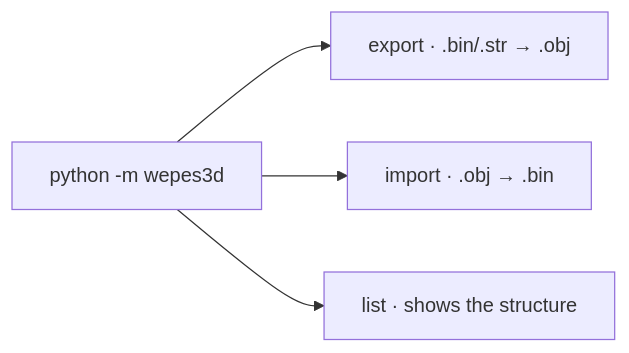
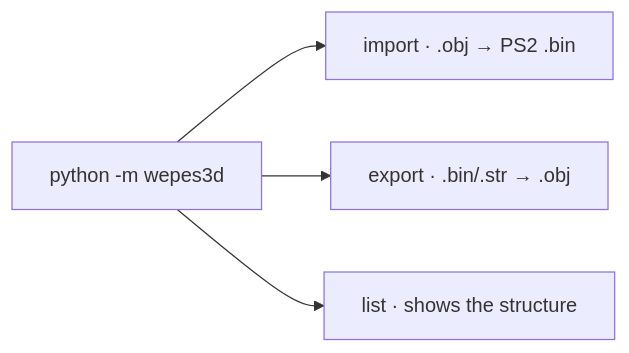
One commit to FVitor7/wepes3d changed the second of 4 diagrams in README.md. Above: the diagram before and after it, drawn with Mermaid. The commit also changed other lines of this file and 4 other files, not shown here.

````diff
--- a/README.md
+++ b/README.md
@@ -36,6 +97,6 @@
 ```mermaid
 flowchart LR
-    CLI["python -m wepes3d"] --> E["export · .bin/.str → .obj"]
-    CLI --> I["import · .obj → .bin"]
+    CLI["python -m wepes3d"] --> I["import · .obj → PS2 .bin"]
+    CLI --> E["export · .bin/.str → .obj"]
     CLI --> L["list · shows the structure"]
 ```
````
